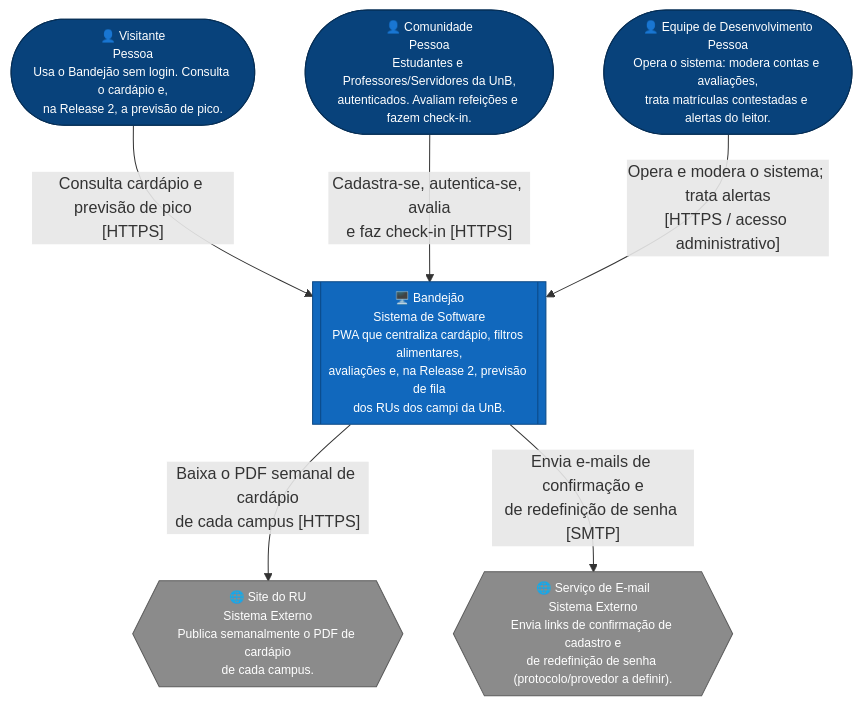
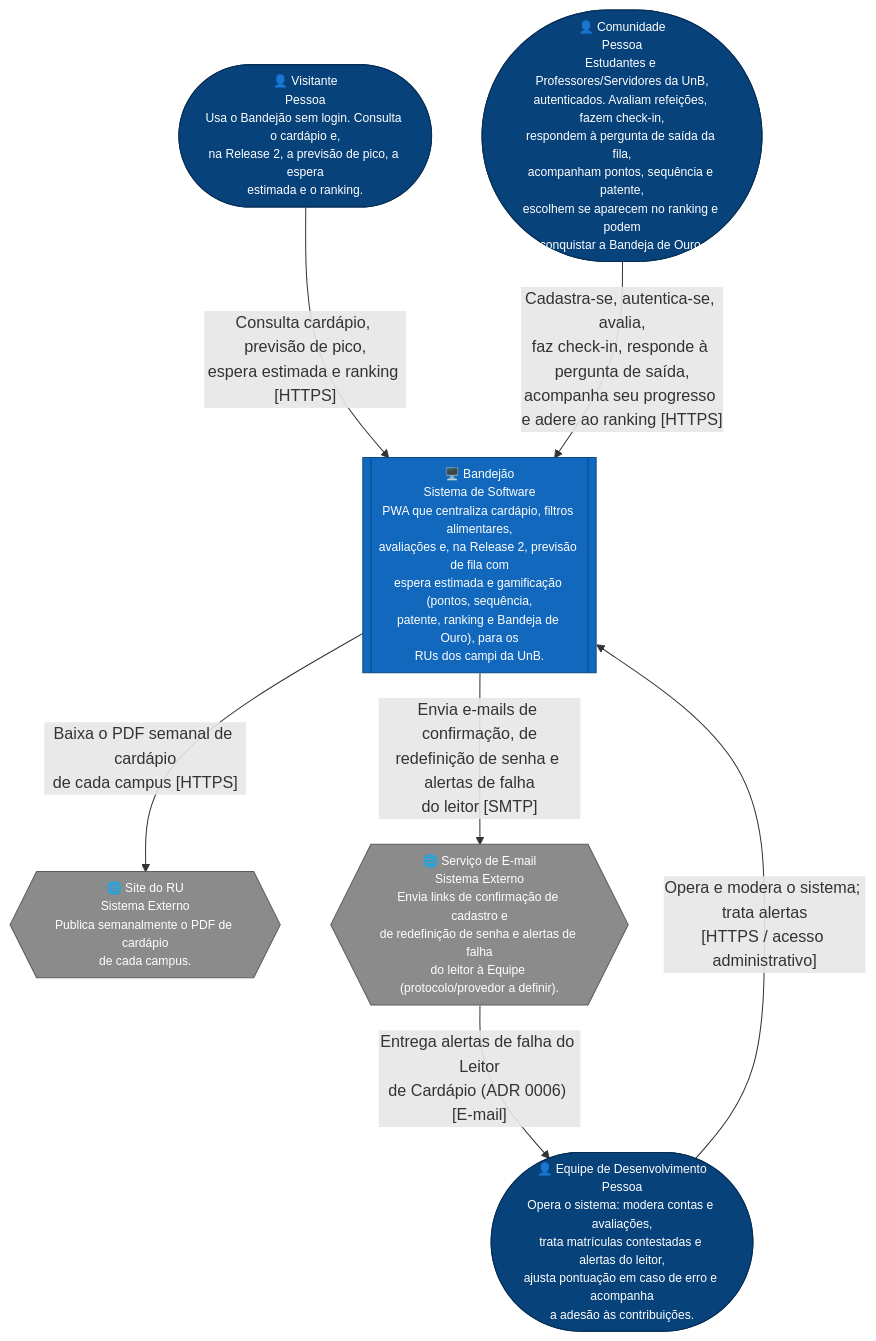
The first of 2 diagrams in docs/arquitetura/c4-niveis-1-2.md (unb-mds/2026-2-Bandejao-UnB), drawn with Mermaid before and after one commit. The commit also changed other lines of this file, not shown here.

Commit message:
docs(arquitetura): atualiza niveis 1 e 2 do C4 com gamificação, ranking semestral e Bandeja de Ouro

````diff
--- a/docs/arquitetura/c4-niveis-1-2.md
+++ b/docs/arquitetura/c4-niveis-1-2.md
@@ -34,49 +47,63 @@
 ```mermaid
 flowchart TB
   visitante(["👤 Visitante
 Pessoa
 Usa o Bandejão sem login. Consulta o cardápio e,
-na Release 2, a previsão de pico."])
+na Release 2, a previsão de pico, a espera
+estimada e o ranking."])
   comunidade(["👤 Comunidade
 Pessoa
 Estudantes e Professores/Servidores da UnB,
-autenticados. Avaliam refeições e fazem check-in."])
+autenticados. Avaliam refeições, fazem check-in,
+respondem à pergunta de saída da fila,
+acompanham pontos, sequência e patente,
+escolhem se aparecem no ranking e podem
+conquistar a Bandeja de Ouro."])
   equipe(["👤 Equipe de Desenvolvimento
 Pessoa
 Opera o sistema: modera contas e avaliações,
-trata matrículas contestadas e alertas do leitor."])
+trata matrículas contestadas e alertas do leitor,
+ajusta pontuação em caso de erro e acompanha
+a adesão às contribuições."])
 
   bandejao[["🖥️ Bandejão
 Sistema de Software
 PWA que centraliza cardápio, filtros alimentares,
-avaliações e, na Release 2, previsão de fila
-dos RUs dos campi da UnB."]]
+avaliações e, na Release 2, previsão de fila com
+espera estimada e gamificação (pontos, sequência,
+patente, ranking e Bandeja de Ouro), para os
+RUs dos campi da UnB."]]
 
   site_ru{{"🌐 Site do RU
 Sistema Externo
 Publica semanalmente o PDF de cardápio
 de cada campus."}}
   email_svc{{"🌐 Serviço de E-mail
 Sistema Externo
 Envia links de confirmação de cadastro e
-de redefinição de senha (protocolo/provedor a definir)."}}
+de redefinição de senha e alertas de falha
+do leitor à Equipe (protocolo/provedor a definir)."}}
 
-  visitante -->|"Consulta cardápio e previsão de pico
-[HTTPS]"| bandejao
-  comunidade -->|"Cadastra-se, autentica-se, avalia
-e faz check-in [HTTPS]"| bandejao
+  visitante -->|"Consulta cardápio, previsão de pico,
+espera estimada e ranking [HTTPS]"| bandejao
+  comunidade -->|"Cadastra-se, autentica-se, avalia,
+faz check-in, responde à pergunta de saída,
+acompanha seu progresso e adere ao ranking [HTTPS]"| bandejao
   equipe -->|"Opera e modera o sistema; trata alertas
 [HTTPS / acesso administrativo]"| bandejao
   bandejao -->|"Baixa o PDF semanal de cardápio
 de cada campus [HTTPS]"| site_ru
-  bandejao -->|"Envia e-mails de confirmação e
-de redefinição de senha [SMTP]"| email_svc
+  bandejao -->|"Envia e-mails de confirmação, de
+redefinição de senha e alertas de falha
+do leitor [SMTP]"| email_svc
+  email_svc -->|"Entrega alertas de falha do Leitor
+de Cardápio (ADR 0006) [E-mail]"| equipe
 
   classDef person fill:#08427b,stroke:#052e56,color:#fff,font-size:12px
   classDef system fill:#1168bd,stroke:#0b4884,color:#fff,font-size:12px
   classDef external fill:#8b8b8b,stroke:#5c5c5c,color:#fff,font-size:12px
 
   class visitante,comunidade,equipe person
   class bandejao system
   class site_ru,email_svc external
 ```
````
